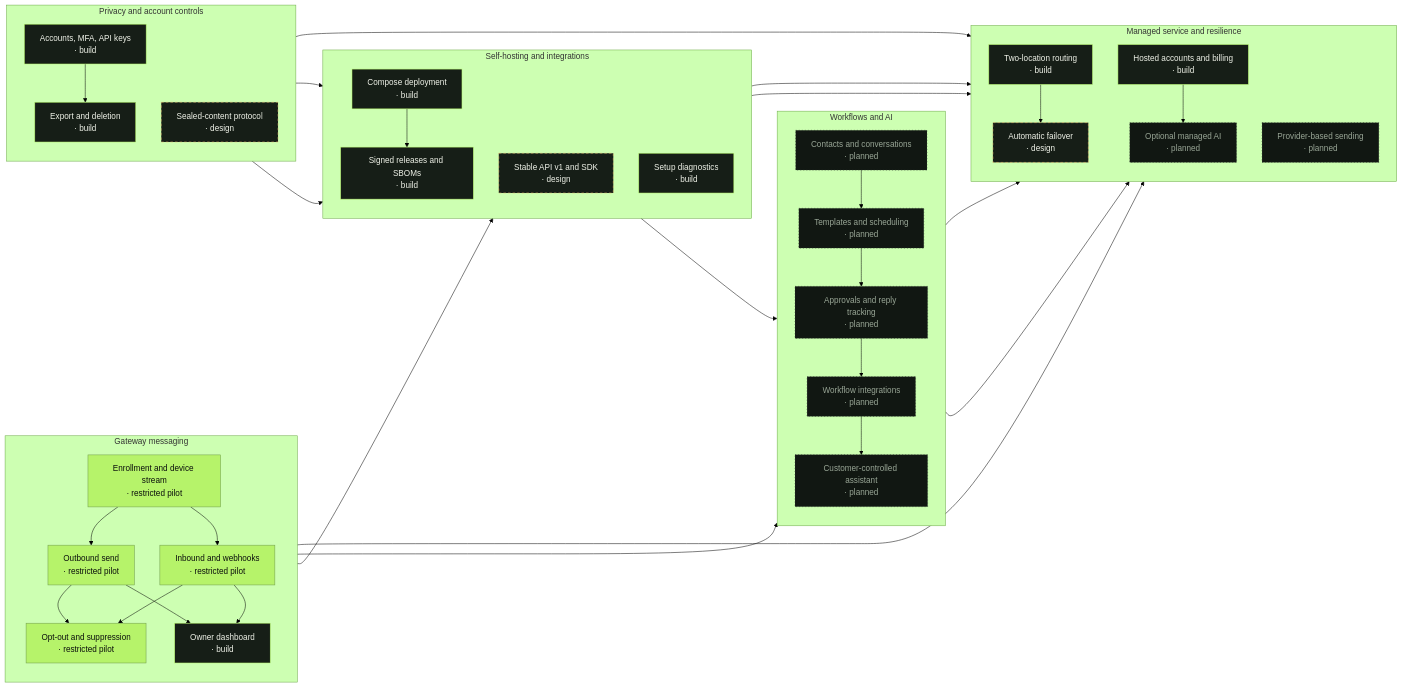
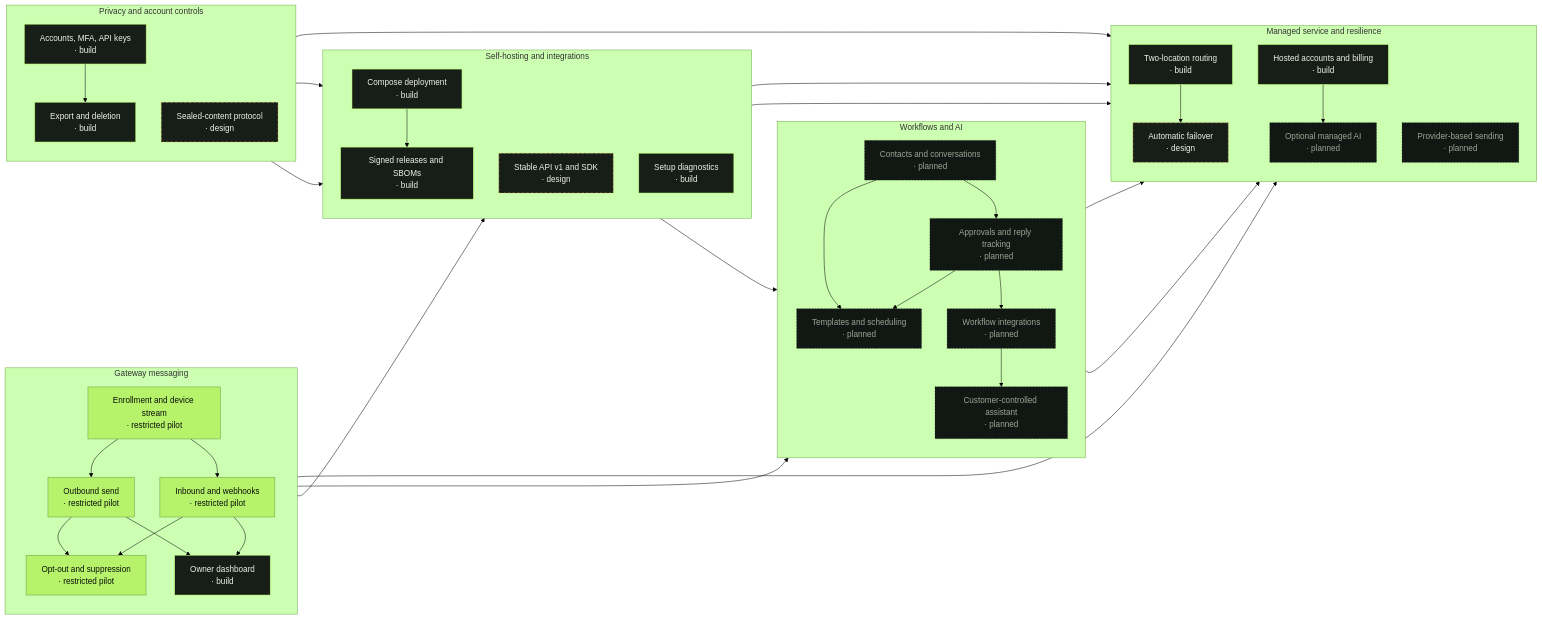
One commit to pboachie/zrotext changed the third of 4 diagrams in docs/ROADMAP.md. Above: the diagram before and after it, drawn with Mermaid (forest theme). The commit also changed other lines of this file and 6 other files, not shown here.

````diff
--- a/docs/ROADMAP.md
+++ b/docs/ROADMAP.md
@@ -100,76 +100,77 @@
 ```mermaid
 flowchart LR
     classDef released fill:#e4fbc8,stroke:#6f9b4b,color:#0b0f0c
     classDef pilot fill:#b6f36a,stroke:#6f9b4b,color:#0b0f0c
     classDef build fill:#161e17,stroke:#b6f36a,color:#f0f3e9
     classDef design fill:#161e17,stroke:#edbe70,color:#f0f3e9,stroke-dasharray:5 4
     classDef planned fill:#111712,stroke:#29332a,color:#99a696,stroke-dasharray:2 4
 
     subgraph t_gateway["Gateway messaging"]
         direction TB
         c_enrollment["Enrollment and device stream<br/>· restricted pilot"]:::pilot
         c_outbound["Outbound send<br/>· restricted pilot"]:::pilot
         c_optout["Opt-out and suppression<br/>· restricted pilot"]:::pilot
         c_inbound["Inbound and webhooks<br/>· restricted pilot"]:::pilot
         c_dashboard["Owner dashboard<br/>· build"]:::build
         c_enrollment --> c_outbound
         c_enrollment --> c_inbound
         c_outbound --> c_optout
         c_inbound --> c_optout
         c_outbound --> c_dashboard
         c_inbound --> c_dashboard
     end
 
     subgraph t_privacy["Privacy and account controls"]
         direction TB
         c_accounts["Accounts, MFA, API keys<br/>· build"]:::build
         c_sealed["Sealed-content protocol<br/>· design"]:::design
         c_export["Export and deletion<br/>· build"]:::build
         c_accounts --> c_export
     end
 
     subgraph t_selfhost["Self-hosting and integrations"]
         direction TB
         c_compose["Compose deployment<br/>· build"]:::build
         c_releases["Signed releases and SBOMs<br/>· build"]:::build
         c_api["Stable API v1 and SDK<br/>· design"]:::design
         c_diagnostics["Setup diagnostics<br/>· build"]:::build
         c_compose --> c_releases
     end
 
     subgraph t_workflows["Workflows and AI"]
         direction TB
         c_contacts["Contacts and conversations<br/>· planned"]:::planned
         c_scheduling["Templates and scheduling<br/>· planned"]:::planned
         c_approvals["Approvals and reply tracking<br/>· planned"]:::planned
         c_integrations["Workflow integrations<br/>· planned"]:::planned
         c_assistant["Customer-controlled assistant<br/>· planned"]:::planned
         c_contacts --> c_scheduling
-        c_scheduling --> c_approvals
+        c_contacts --> c_approvals
+        c_approvals --> c_scheduling
         c_approvals --> c_integrations
         c_integrations --> c_assistant
     end
 
     subgraph t_managed["Managed service and resilience"]
         direction TB
         c_hosted["Hosted accounts and billing<br/>· build"]:::build
         c_twosite["Two-location routing<br/>· build"]:::build
         c_failover["Automatic failover<br/>· design"]:::design
         c_managedai["Optional managed AI<br/>· planned"]:::planned
         c_providers["Provider-based sending<br/>· planned"]:::planned
         c_twosite --> c_failover
         c_hosted --> c_managedai
     end
 
     c_optout --> c_api
     c_sealed --> c_api
     c_accounts --> c_api
     c_api --> c_hosted
     c_enrollment --> c_twosite
     c_api --> c_contacts
     c_dashboard --> c_contacts
     c_assistant --> c_managedai
     c_export --> c_managedai
     c_api --> c_providers
     c_approvals --> c_providers
 ```
````
